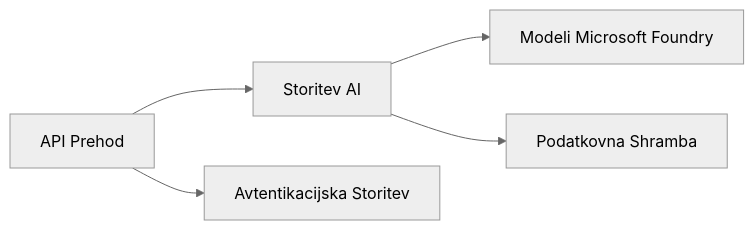
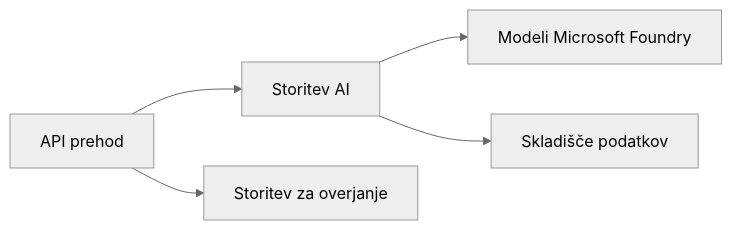
One commit to microsoft/AZD-for-beginners changed the first of 2 diagrams in translations/sl/docs/chapter-08-production/README.md. Above: the diagram before and after it, drawn with Mermaid (neutral theme). The commit also changed other lines of this file and 104 other files, not shown here.

````diff
--- a/translations/sl/docs/chapter-08-production/README.md
+++ b/translations/sl/docs/chapter-08-production/README.md
@@ -48,6 +48,6 @@
 ```mermaid
 graph LR
-    Gateway[API Prehod] --> AI[Storitev AI] --> Models[Modeli Microsoft Foundry]
-    Gateway --> Auth[Avtentikacijska Storitev]
-    AI --> Data[Podatkovna Shramba]
+    Gateway[API prehod] --> AI[Storitev AI] --> Models[Modeli Microsoft Foundry]
+    Gateway --> Auth[Storitev za overjanje]
+    AI --> Data[Skladišče podatkov]
 ```
````
